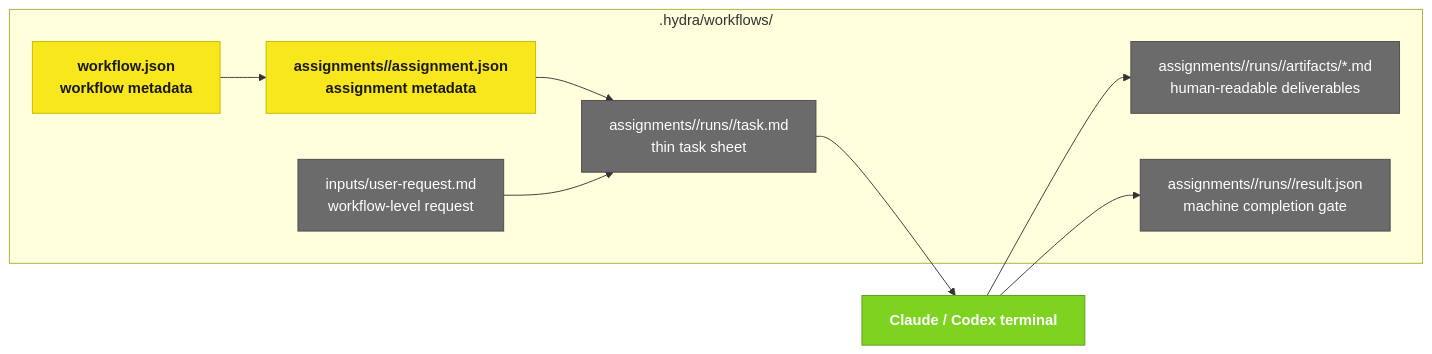
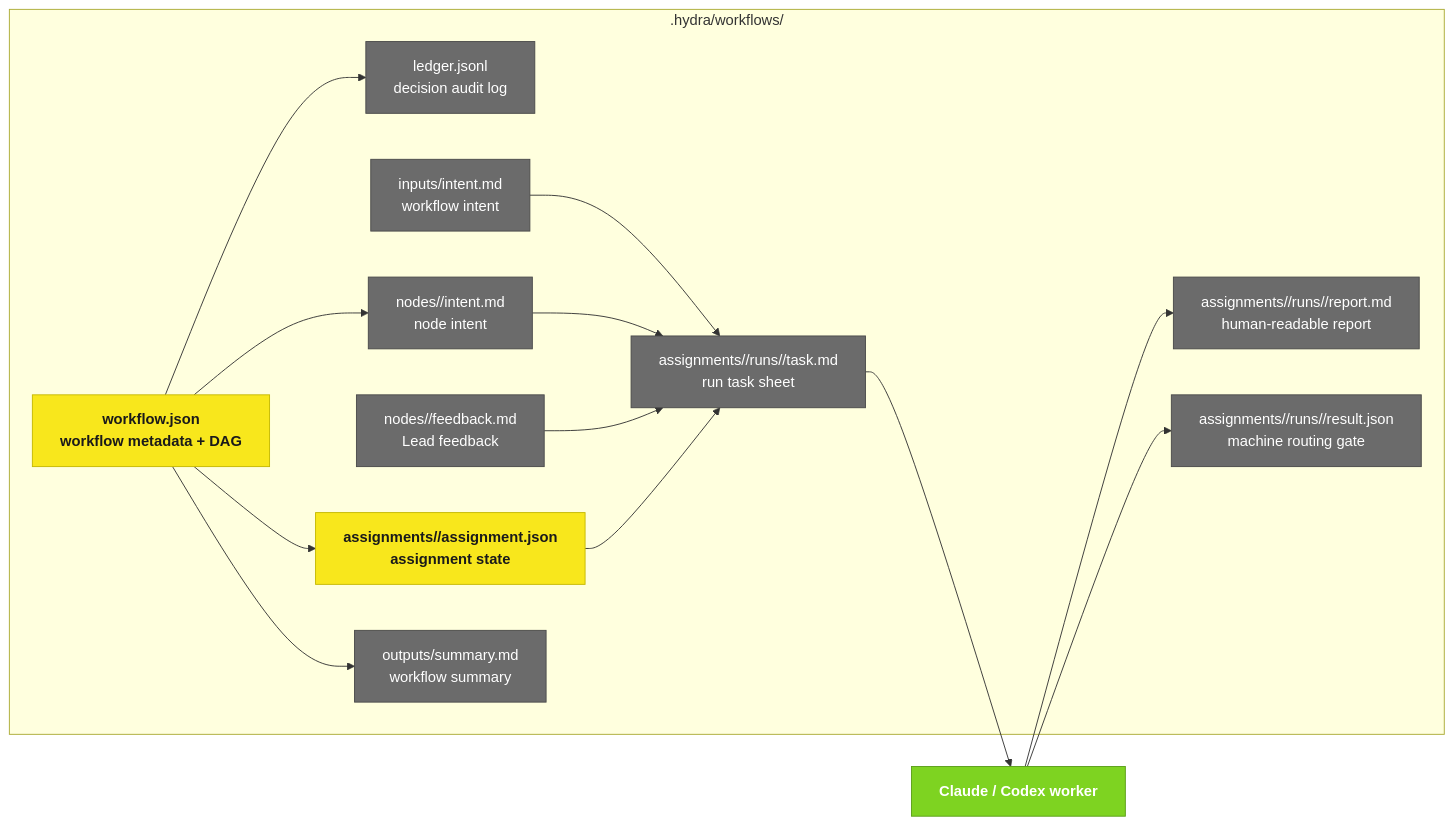
The fourth of 4 diagrams in docs/hydra-panorama-flow.md (blueberrycongee/termcanvas), drawn with Mermaid before and after one commit. The commit also changed other lines of this file and 7 other files, not shown here.

Commit message:
docs(hydra): align docs with lead-driven workflow

````diff
--- a/docs/hydra-panorama-flow.md
+++ b/docs/hydra-panorama-flow.md
@@ -78,22 +86,31 @@
 ```mermaid
 flowchart LR
     classDef file fill:#6b6b6b,stroke:#4a4a4a,color:#fff
     classDef state fill:#f8e71c,stroke:#c5b800,color:#1a1a1a,font-weight:bold
     classDef agent fill:#7ed321,stroke:#5a9e18,color:#fff,font-weight:bold
 
     subgraph WF[".hydra/workflows/<workflowId>"]
-        WJ["workflow.json<br/>workflow metadata"]:::state
-        INPUT["inputs/user-request.md<br/>workflow-level request"]:::file
-        AJ["assignments/<assignmentId>/assignment.json<br/>assignment metadata"]:::state
-        TASK["assignments/<assignmentId>/runs/<runId>/task.md<br/>thin task sheet"]:::file
-        ART["assignments/<assignmentId>/runs/<runId>/artifacts/*.md<br/>human-readable deliverables"]:::file
-        RESULT["assignments/<assignmentId>/runs/<runId>/result.json<br/>machine completion gate"]:::file
+        WJ["workflow.json<br/>workflow metadata + DAG"]:::state
+        LEDGER["ledger.jsonl<br/>decision audit log"]:::file
+        INPUT["inputs/intent.md<br/>workflow intent"]:::file
+        NODE["nodes/<nodeId>/intent.md<br/>node intent"]:::file
+        FEEDBACK["nodes/<nodeId>/feedback.md<br/>Lead feedback"]:::file
+        AJ["assignments/<assignmentId>/assignment.json<br/>assignment state"]:::state
+        TASK["assignments/<assignmentId>/runs/<runId>/task.md<br/>run task sheet"]:::file
+        REPORT["assignments/<assignmentId>/runs/<runId>/report.md<br/>human-readable report"]:::file
+        RESULT["assignments/<assignmentId>/runs/<runId>/result.json<br/>machine routing gate"]:::file
+        OUT["outputs/summary.md<br/>workflow summary"]:::file
     end
 
+    WJ --> NODE
     WJ --> AJ
+    INPUT --> TASK
+    NODE --> TASK
+    FEEDBACK --> TASK
     AJ --> TASK
-    INPUT --> TASK
-    TASK --> AGENT["Claude / Codex terminal"]:::agent
-    AGENT --> ART
+    TASK --> AGENT["Claude / Codex worker"]:::agent
+    AGENT --> REPORT
     AGENT --> RESULT
+    WJ --> LEDGER
+    WJ --> OUT
 ```
````
